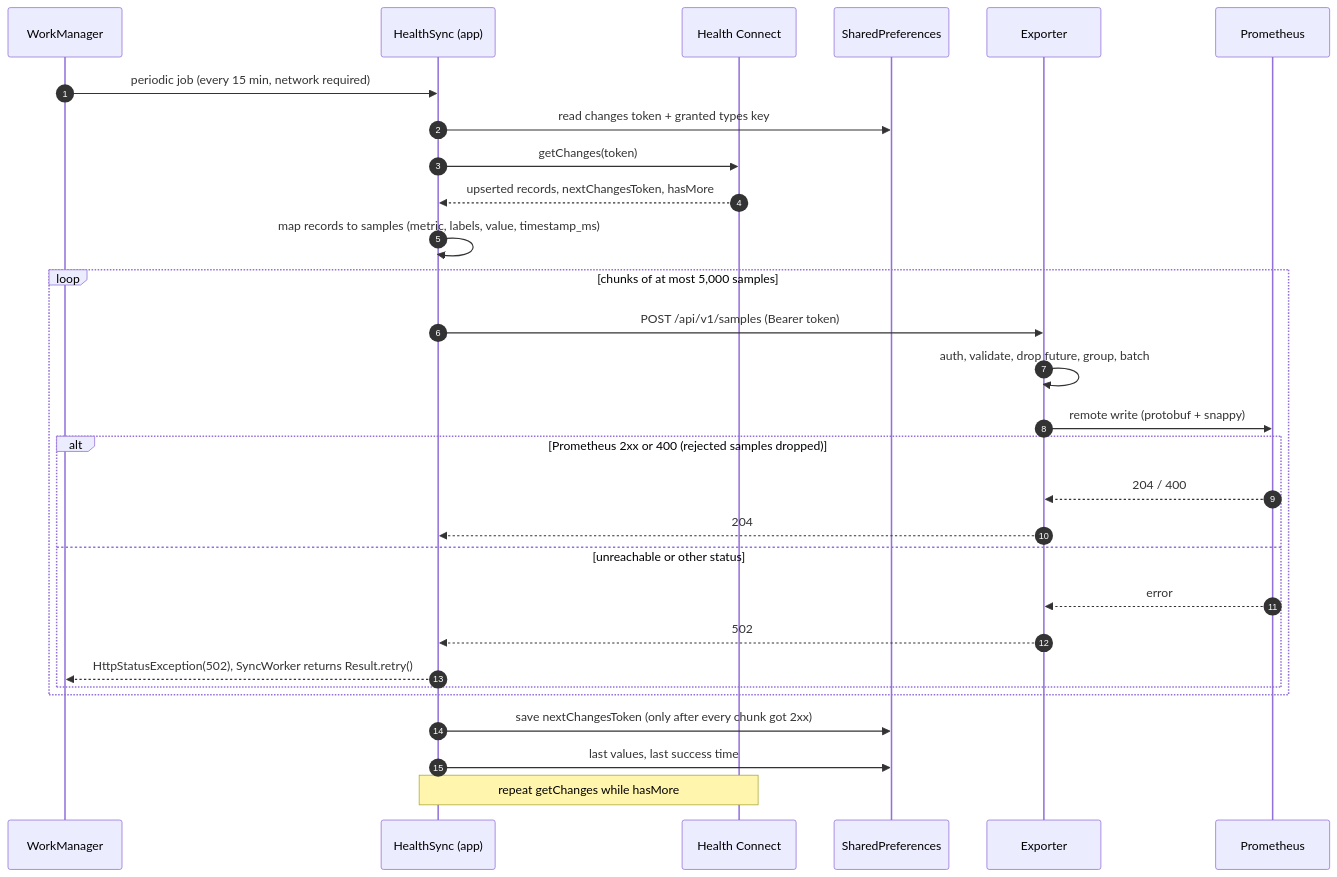
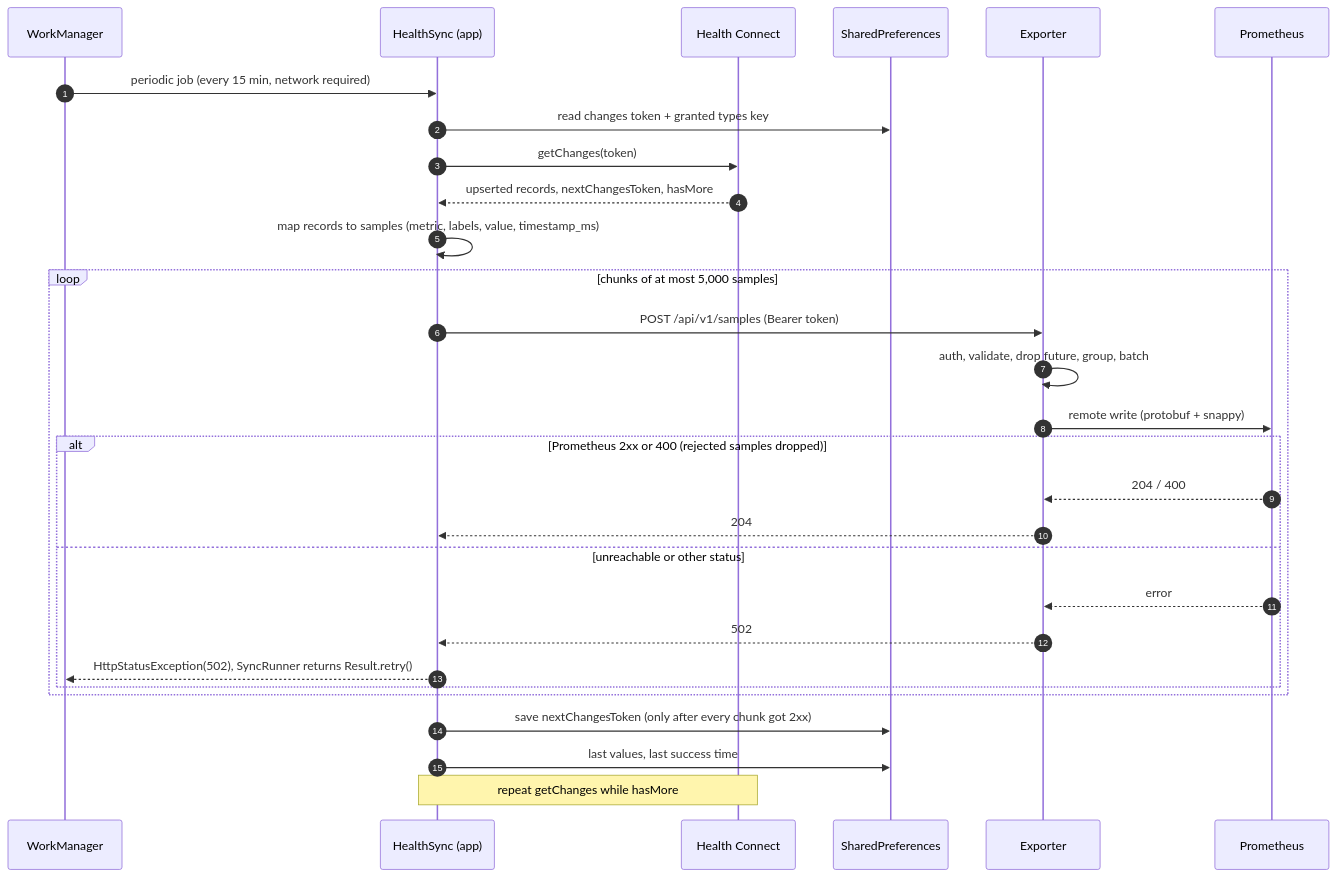
One commit to MateuxLucax/health-connect-bridge changed the eighth of 8 diagrams in docs/sequences.md. Above: the diagram before and after it, drawn with Mermaid. The commit also changed other lines of this file and 10 other files, not shown here.

````diff
--- a/docs/sequences.md
+++ b/docs/sequences.md
@@ -288,32 +289,32 @@
 ```mermaid
 sequenceDiagram
     autonumber
     participant WM as WorkManager
     participant S as HealthSync (app)
     participant HC as Health Connect
     participant SP as SharedPreferences
     participant E as Exporter
     participant P as Prometheus
 
     WM->>S: periodic job (every 15 min, network required)
     S->>SP: read changes token + granted types key
     S->>HC: getChanges(token)
     HC-->>S: upserted records, nextChangesToken, hasMore
     S->>S: map records to samples (metric, labels, value, timestamp_ms)
     loop chunks of at most 5,000 samples
         S->>E: POST /api/v1/samples (Bearer token)
         E->>E: auth, validate, drop future, group, batch
         E->>P: remote write (protobuf + snappy)
         alt Prometheus 2xx or 400 (rejected samples dropped)
             P-->>E: 204 / 400
             E-->>S: 204
         else unreachable or other status
             P-->>E: error
             E-->>S: 502
-            S-->>WM: HttpStatusException(502), SyncWorker returns Result.retry()
+            S-->>WM: HttpStatusException(502), SyncRunner returns Result.retry()
         end
     end
     S->>SP: save nextChangesToken (only after every chunk got 2xx)
     S->>SP: last values, last success time
     Note over S,HC: repeat getChanges while hasMore
 ```
````
